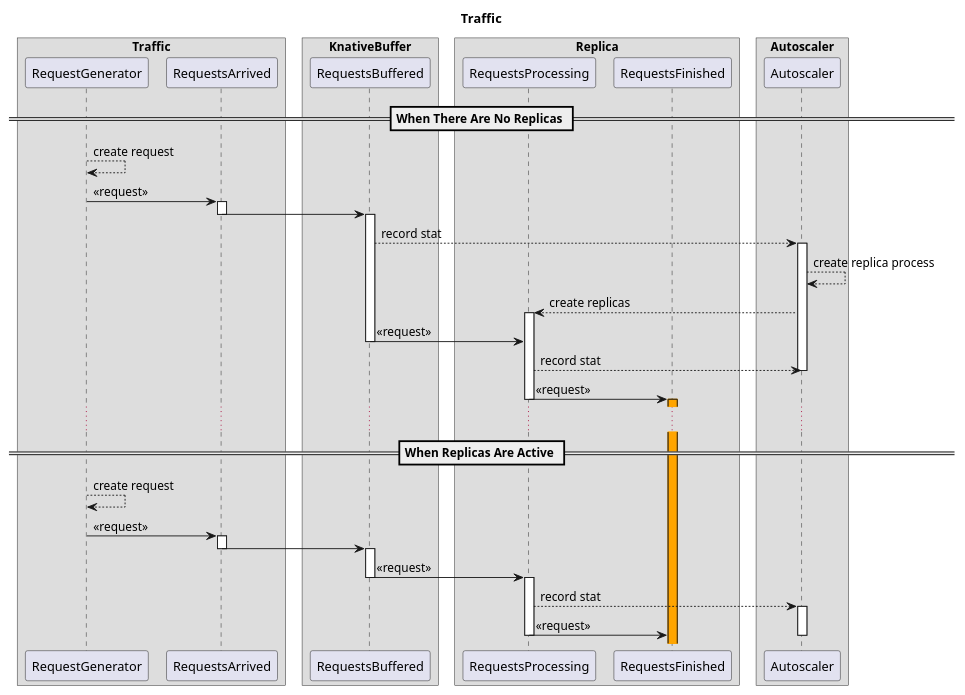
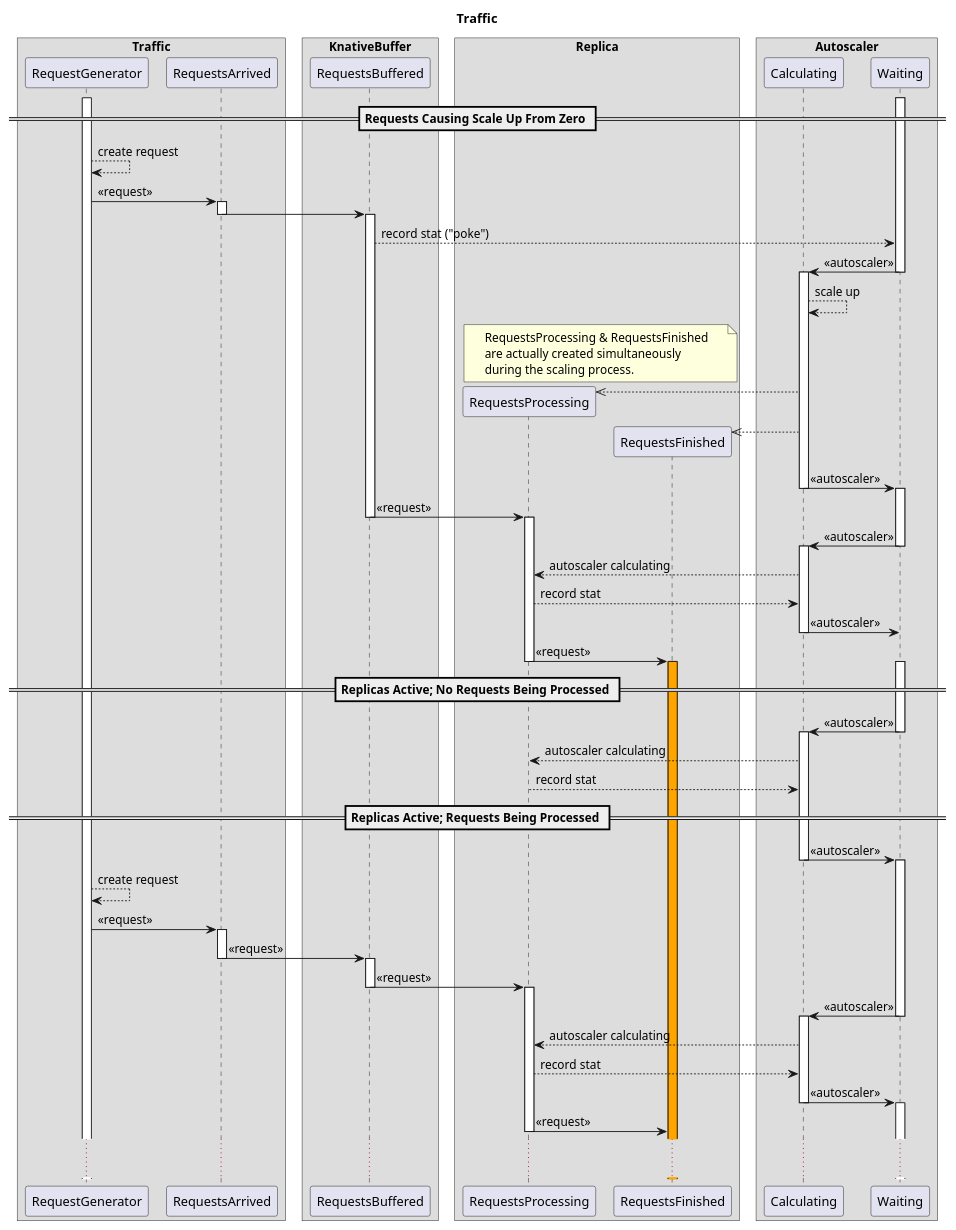
Before and after one commit to pivotal/skenario: the diagram in docs/traffic.puml, drawn with PlantUML.

Commit message:
Improve traffic diagram

```diff
--- a/docs/traffic.puml
+++ b/docs/traffic.puml
@@ -1,66 +1,100 @@
 @startuml
 
 title Traffic
 
 skinparam BoxPadding 8
 skinparam ParticipantPadding 5
-
 
 box "Traffic"
     participant RequestGenerator
     participant RequestsArrived
 end box
 
 box "KnativeBuffer"
     participant RequestsBuffered
 end box
 
-
 box "Replica"
     participant RequestsProcessing
     participant RequestsFinished
 end box
 
 box "Autoscaler"
-    participant Autoscaler
+    participant Calculating
+    participant Waiting
 end box
 
-== When There Are No Replicas ==
+== Requests Causing Scale Up From Zero ==
+
+activate Waiting
+activate RequestGenerator
     RequestGenerator --> RequestGenerator: create request
     RequestGenerator -> RequestsArrived: <<request>>
 activate RequestsArrived
     RequestsArrived -> RequestsBuffered
 deactivate RequestsArrived
 activate RequestsBuffered
-    RequestsBuffered --> Autoscaler: record stat
-activate Autoscaler
-    Autoscaler --> Autoscaler: create replica process
-    Autoscaler --> RequestsProcessing: create replicas
-activate RequestsProcessing
+    RequestsBuffered --> Waiting: record stat ("poke")
+    Waiting -> Calculating: <<autoscaler>>
+deactivate Waiting
+activate Calculating
+    Calculating --> Calculating: scale up
+    note over RequestsProcessing, RequestsFinished
+        RequestsProcessing & RequestsFinished
+        are actually created simultaneously
+        during the scaling process.
+    end note
+    Calculating -->> RequestsProcessing **
+    Calculating -->> RequestsFinished **
+    Calculating -> Waiting: <<autoscaler>>
+deactivate Calculating
+activate Waiting
     RequestsBuffered -> RequestsProcessing: <<request>>
 deactivate RequestsBuffered
-    RequestsProcessing --> Autoscaler: record stat
-deactivate Autoscaler
+activate RequestsProcessing
+    Waiting -> Calculating: <<autoscaler>>
+deactivate Waiting
+activate Calculating
+    Calculating --> RequestsProcessing: autoscaler calculating
+    RequestsProcessing --> Calculating: record stat
+    Calculating -> Waiting: <<autoscaler>>
+deactivate Calculating
     RequestsProcessing -> RequestsFinished: <<request>>
 deactivate RequestsProcessing
+activate Waiting
 activate RequestsFinished #Orange
 
-...
+== Replicas Active; No Requests Being Processed ==
 
-== When Replicas Are Active ==
+    Waiting -> Calculating: <<autoscaler>>
+deactivate Waiting
+activate Calculating
+    Calculating --> RequestsProcessing: autoscaler calculating
+    RequestsProcessing --> Calculating: record stat
 
+== Replicas Active; Requests Being Processed ==
+
+    Calculating -> Waiting: <<autoscaler>>
+deactivate Calculating
+activate Waiting
     RequestGenerator --> RequestGenerator: create request
     RequestGenerator -> RequestsArrived: <<request>>
 activate RequestsArrived
-    RequestsArrived -> RequestsBuffered
+    RequestsArrived -> RequestsBuffered: <<request>>
 deactivate RequestsArrived
 activate RequestsBuffered
     RequestsBuffered -> RequestsProcessing: <<request>>
 deactivate RequestsBuffered
 activate RequestsProcessing
-    RequestsProcessing --> Autoscaler: record stat
-activate Autoscaler
+    Waiting -> Calculating: <<autoscaler>>
+deactivate Waiting
+activate Calculating
+    Calculating --> RequestsProcessing: autoscaler calculating
+    RequestsProcessing --> Calculating: record stat
+    Calculating -> Waiting: <<autoscaler>>
+deactivate Calculating
+activate Waiting
     RequestsProcessing -> RequestsFinished: <<request>>
 deactivate RequestsProcessing
-deactivate Autoscaler
+... ...
 @enduml
```
